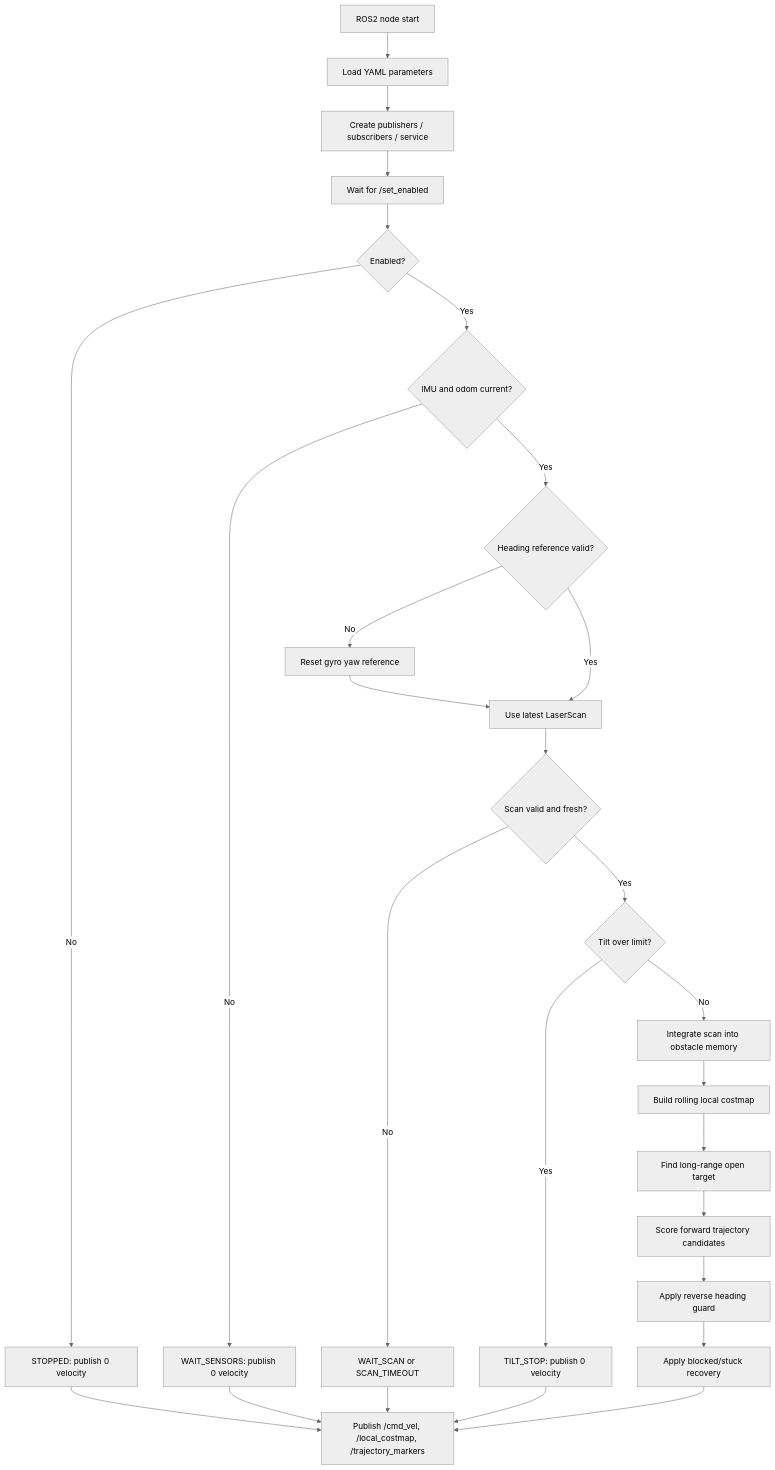
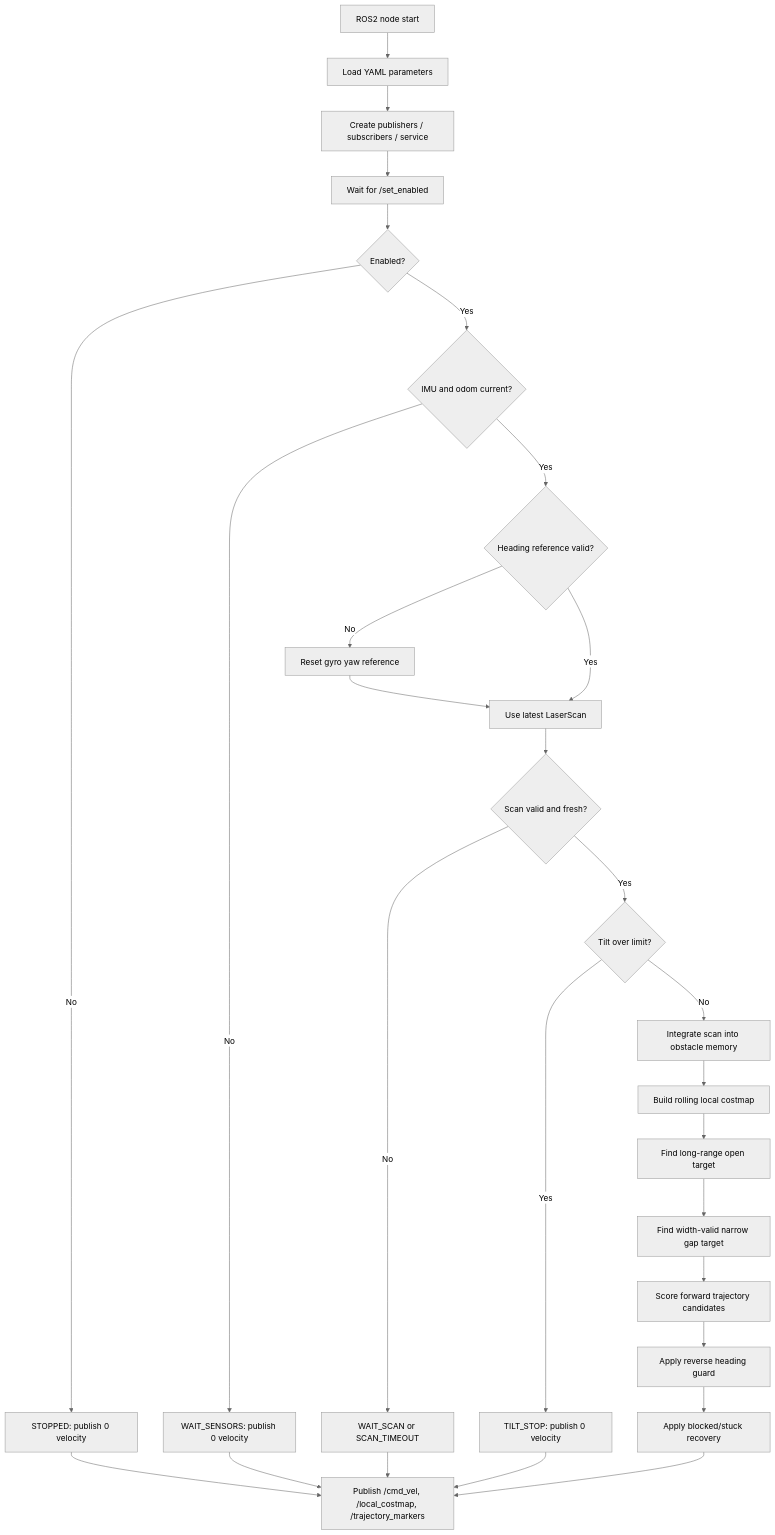
Before and after one commit to jhongno01/ROS2_Courses: the first of 3 diagrams in src/turtlebot_autonomous_costmap_drive/Flow.md, drawn with Mermaid (neutral theme). The commit also changed other lines of this file and 4 other files, not shown here.

Commit message:
Add new features on "costmap drive". 'narrow gap bonus'

````diff
--- a/src/turtlebot_autonomous_costmap_drive/Flow.md
+++ b/src/turtlebot_autonomous_costmap_drive/Flow.md
@@ -7,29 +7,30 @@
 ```mermaid
 flowchart TD
     A["ROS2 node start"] --> B["Load YAML parameters"]
     B --> C["Create publishers / subscribers / service"]
     C --> D["Wait for /set_enabled"]
     D --> E{"Enabled?"}
     E -- "No" --> F["STOPPED: publish 0 velocity"]
     E -- "Yes" --> G{"IMU and odom current?"}
     G -- "No" --> H["WAIT_SENSORS: publish 0 velocity"]
     G -- "Yes" --> I{"Heading reference valid?"}
     I -- "No" --> J["Reset gyro yaw reference"]
     I -- "Yes" --> K["Use latest LaserScan"]
     J --> K
     K --> L{"Scan valid and fresh?"}
     L -- "No" --> M["WAIT_SCAN or SCAN_TIMEOUT"]
     L -- "Yes" --> N{"Tilt over limit?"}
     N -- "Yes" --> O["TILT_STOP: publish 0 velocity"]
     N -- "No" --> P["Integrate scan into obstacle memory"]
     P --> Q["Build rolling local costmap"]
     Q --> R["Find long-range open target"]
-    R --> S["Score forward trajectory candidates"]
+    R --> R2["Find width-valid narrow gap target"]
+    R2 --> S["Score forward trajectory candidates"]
     S --> T["Apply reverse heading guard"]
     T --> U["Apply blocked/stuck recovery"]
     U --> V["Publish /cmd_vel, /local_costmap, /trajectory_markers"]
     F --> V
     H --> V
     M --> V
     O --> V
 ```
````
